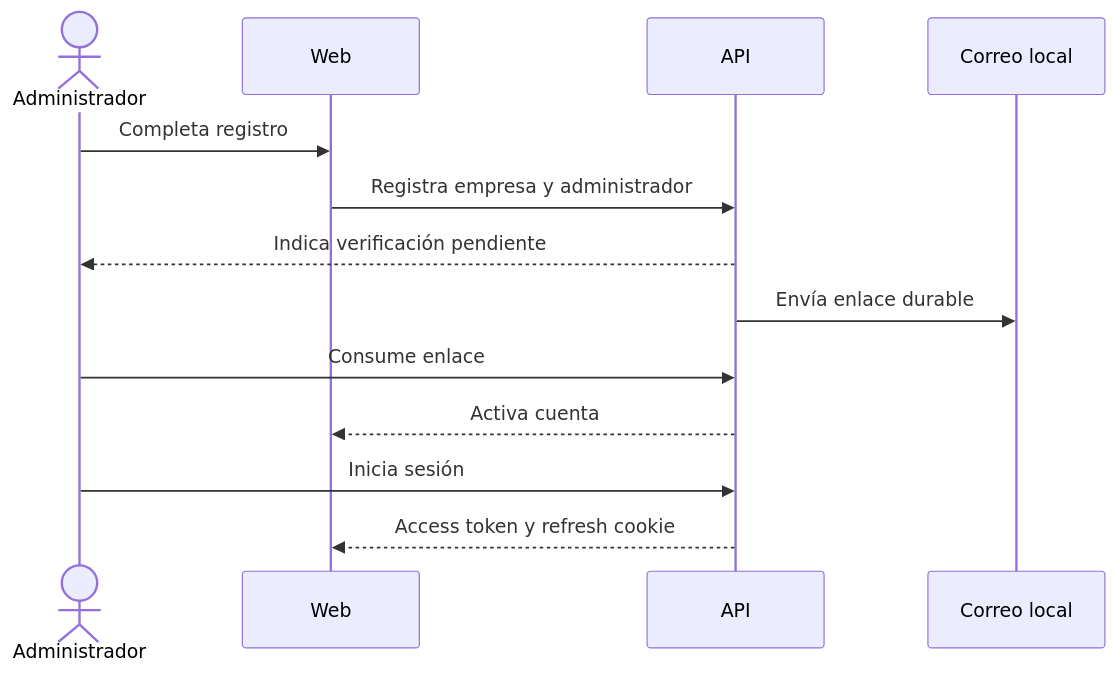
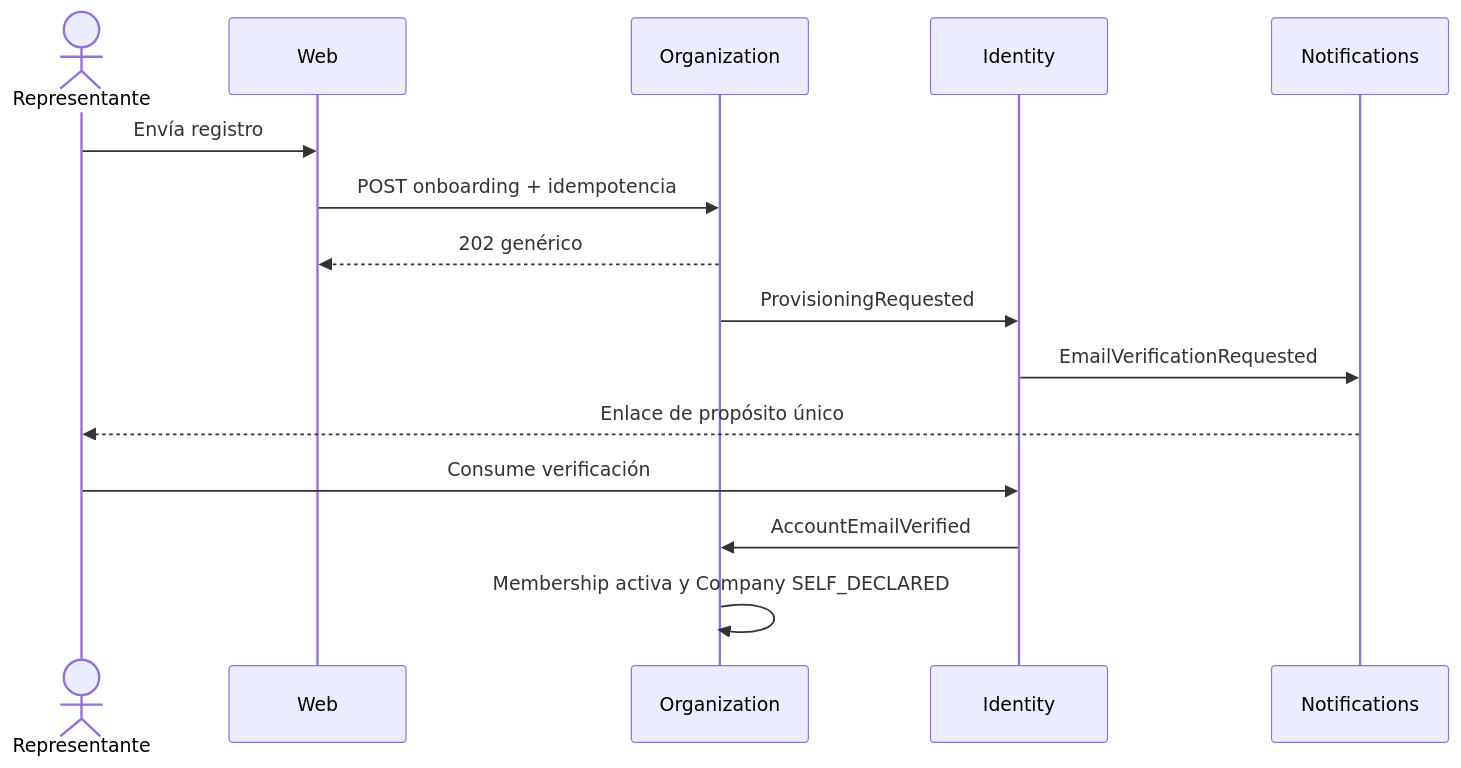
The second of 2 diagrams in docs/plans/increment-01-plan.md (omarjtoscano/propractix-v2), drawn with Mermaid before and after one commit. The commit also changed other lines of this file and 11 other files, not shown here.

````diff
--- a/docs/plans/increment-01-plan.md
+++ b/docs/plans/increment-01-plan.md
@@ -74,15 +96,17 @@
 ```mermaid
 sequenceDiagram
-    actor Admin as Administrador
+    actor Admin as Representante
     participant Web
-    participant API
-    participant Mail as Correo local
-    Admin->>Web: Completa registro
-    Web->>API: Registra empresa y administrador
-    API-->>Admin: Indica verificación pendiente
-    API->>Mail: Envía enlace durable
-    Admin->>API: Consume enlace
-    API-->>Web: Activa cuenta
-    Admin->>API: Inicia sesión
-    API-->>Web: Access token y refresh cookie
+    participant Org as Organization
+    participant Id as Identity
+    participant Mail as Notifications
+    Admin->>Web: Envía registro
+    Web->>Org: POST onboarding + idempotencia
+    Org-->>Web: 202 genérico
+    Org->>Id: ProvisioningRequested
+    Id->>Mail: EmailVerificationRequested
+    Mail-->>Admin: Enlace de propósito único
+    Admin->>Id: Consume verificación
+    Id->>Org: AccountEmailVerified
+    Org->>Org: Membership activa y Company SELF_DECLARED
 ```
````
